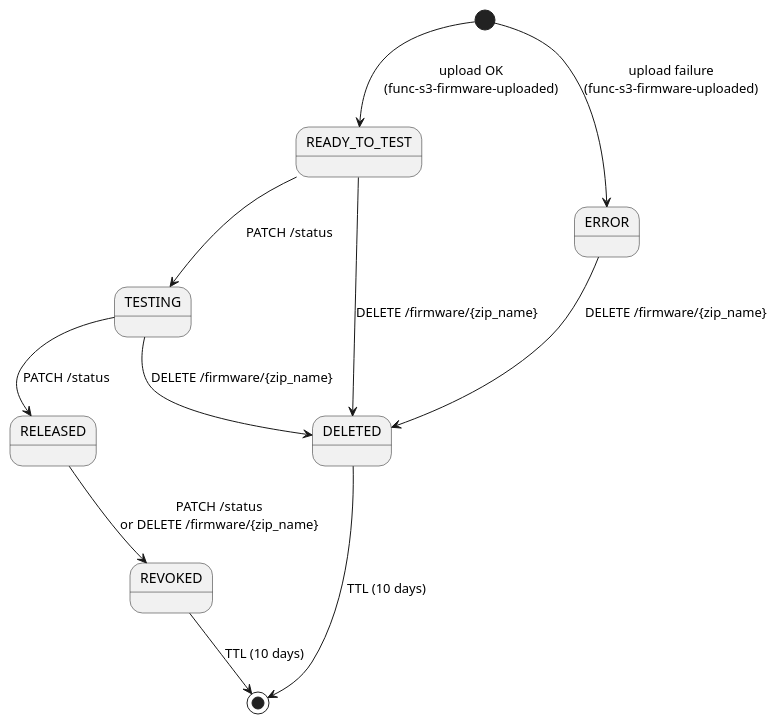
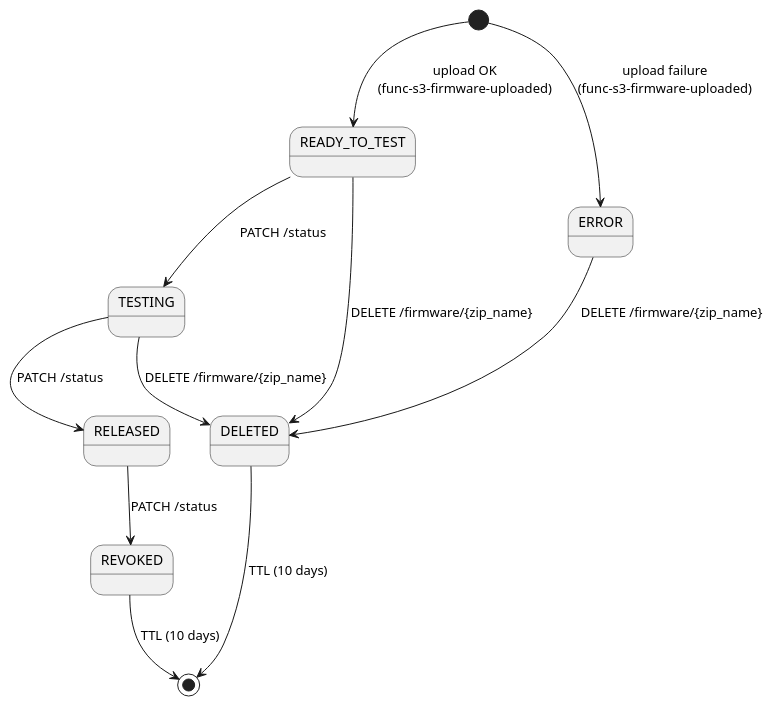
Before and after one commit to BrentIO/FireFly: the diagram in cloud/lambdas/images/func-api-firmware-status-patch-states.puml, drawn with PlantUML. The commit also changed 9 other files, not shown here.

```diff
--- a/cloud/lambdas/images/func-api-firmware-status-patch-states.puml
+++ b/cloud/lambdas/images/func-api-firmware-status-patch-states.puml
@@ -1,17 +1,17 @@
 @startuml
 
 [*] --> READY_TO_TEST : upload OK\n(func-s3-firmware-uploaded)
 [*] --> ERROR : upload failure\n(func-s3-firmware-uploaded)
 
 READY_TO_TEST --> TESTING : PATCH /status
 TESTING --> RELEASED : PATCH /status
-RELEASED --> REVOKED : PATCH /status\nor DELETE /firmware/{zip_name}
+RELEASED --> REVOKED : PATCH /status
 
 READY_TO_TEST --> DELETED : DELETE /firmware/{zip_name}
 TESTING --> DELETED : DELETE /firmware/{zip_name}
 ERROR --> DELETED : DELETE /firmware/{zip_name}
 
 REVOKED --> [*] : TTL (10 days)
 DELETED --> [*] : TTL (10 days)
 
 @enduml
```
